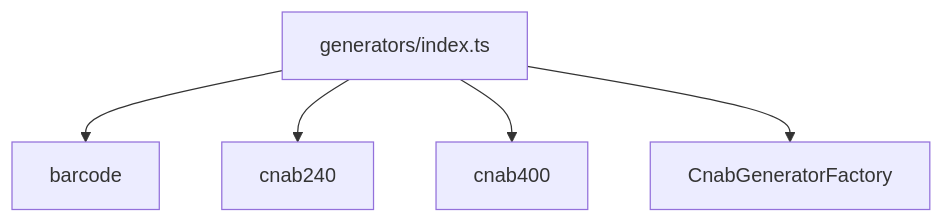
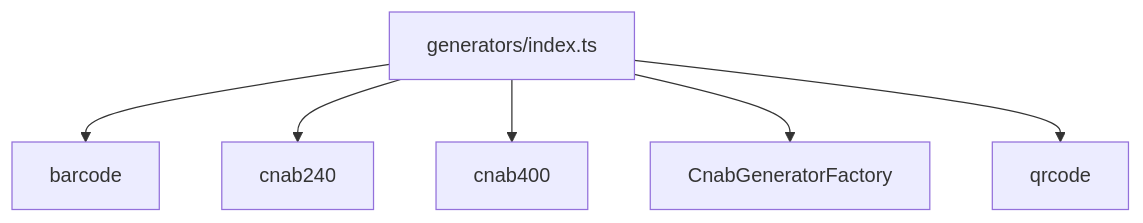
Before and after one commit to linkiez/BoletoSDK: the diagram in src/generators/index.doc.md, drawn with Mermaid. The commit also changed other lines of this file and 12 other files, not shown here.

````diff
--- a/src/generators/index.doc.md
+++ b/src/generators/index.doc.md
@@ -27,7 +28,8 @@
 ```mermaid
 flowchart TD
   A[generators/index.ts] --> B[barcode]
   A --> C[cnab240]
   A --> D[cnab400]
   A --> E[CnabGeneratorFactory]
+  A --> F[qrcode]
 ```
````
